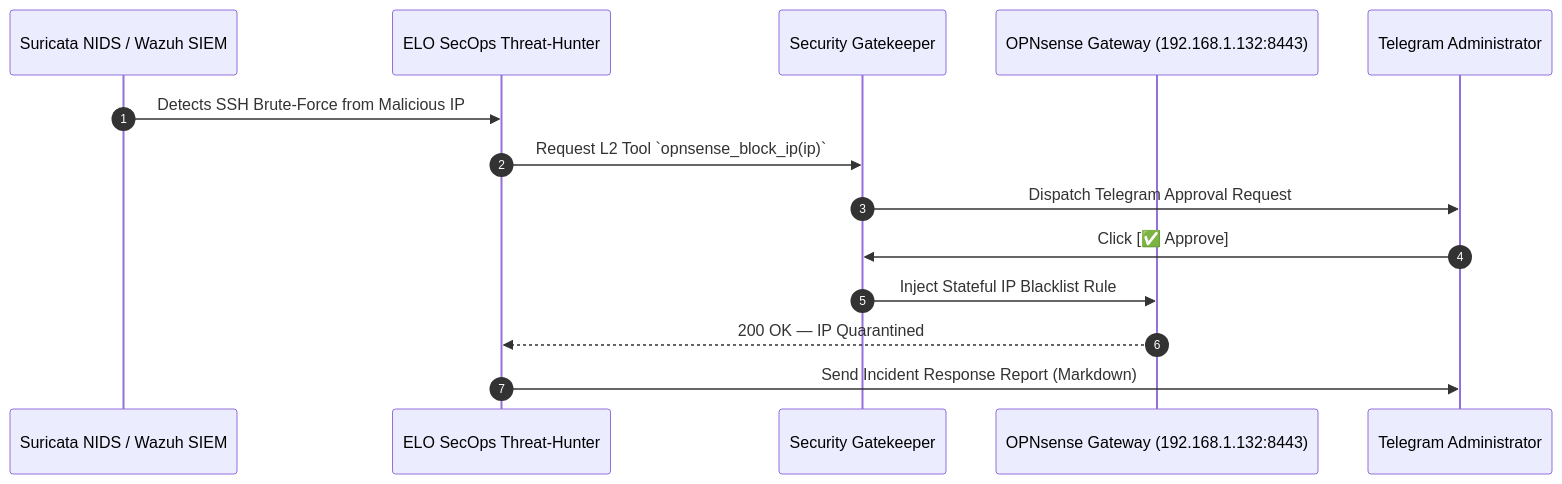
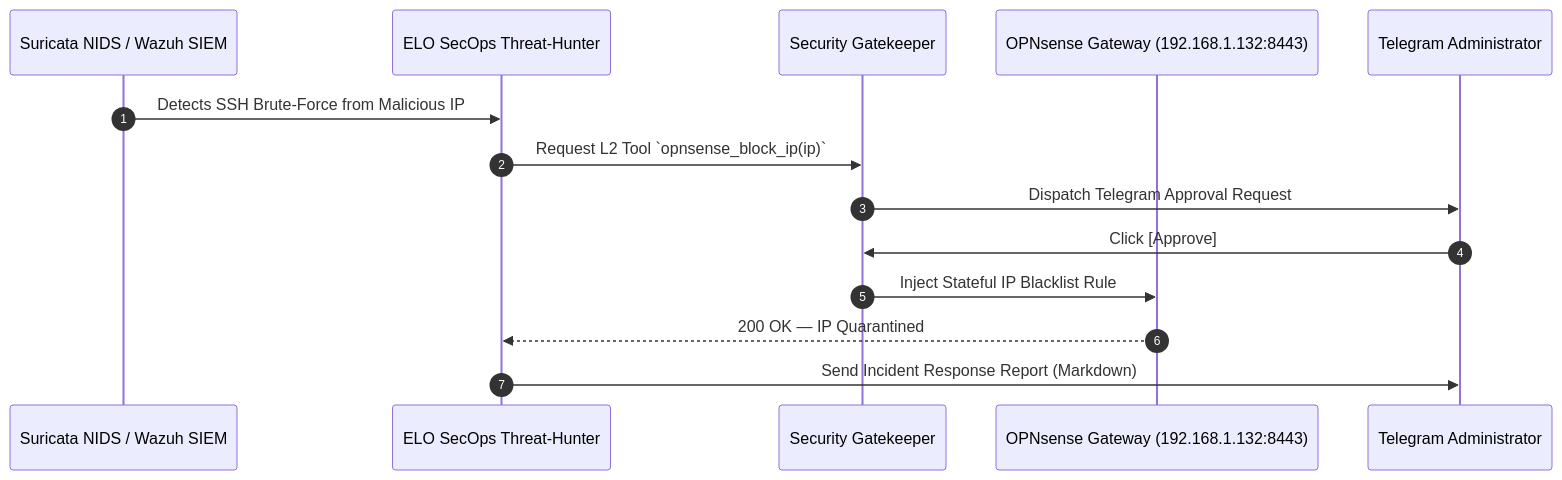
One commit to stefanutc1/datacenter changed the second of 2 diagrams in SECURITY.md. Above: the diagram before and after it, drawn with Mermaid. The commit also changed other lines of this file and 71 other files, not shown here.

````diff
--- a/SECURITY.md
+++ b/SECURITY.md
@@ -139,17 +139,17 @@
 ```mermaid
 sequenceDiagram
     autonumber
     participant Suricata as Suricata NIDS / Wazuh SIEM
     participant SecOps as ELO SecOps Threat-Hunter
     participant Gatekeeper as Security Gatekeeper
     participant OPNsense as OPNsense Gateway (192.168.1.132:8443)
     participant Admin as Telegram Administrator
 
     Suricata->>SecOps: Detects SSH Brute-Force from Malicious IP
     SecOps->>Gatekeeper: Request L2 Tool `opnsense_block_ip(ip)`
     Gatekeeper->>Admin: Dispatch Telegram Approval Request
-    Admin->>Gatekeeper: Click [✅ Approve]
+    Admin->>Gatekeeper: Click [Approve]
     Gatekeeper->>OPNsense: Inject Stateful IP Blacklist Rule
     OPNsense-->>SecOps: 200 OK — IP Quarantined
     SecOps->>Admin: Send Incident Response Report (Markdown)
 ```
````
